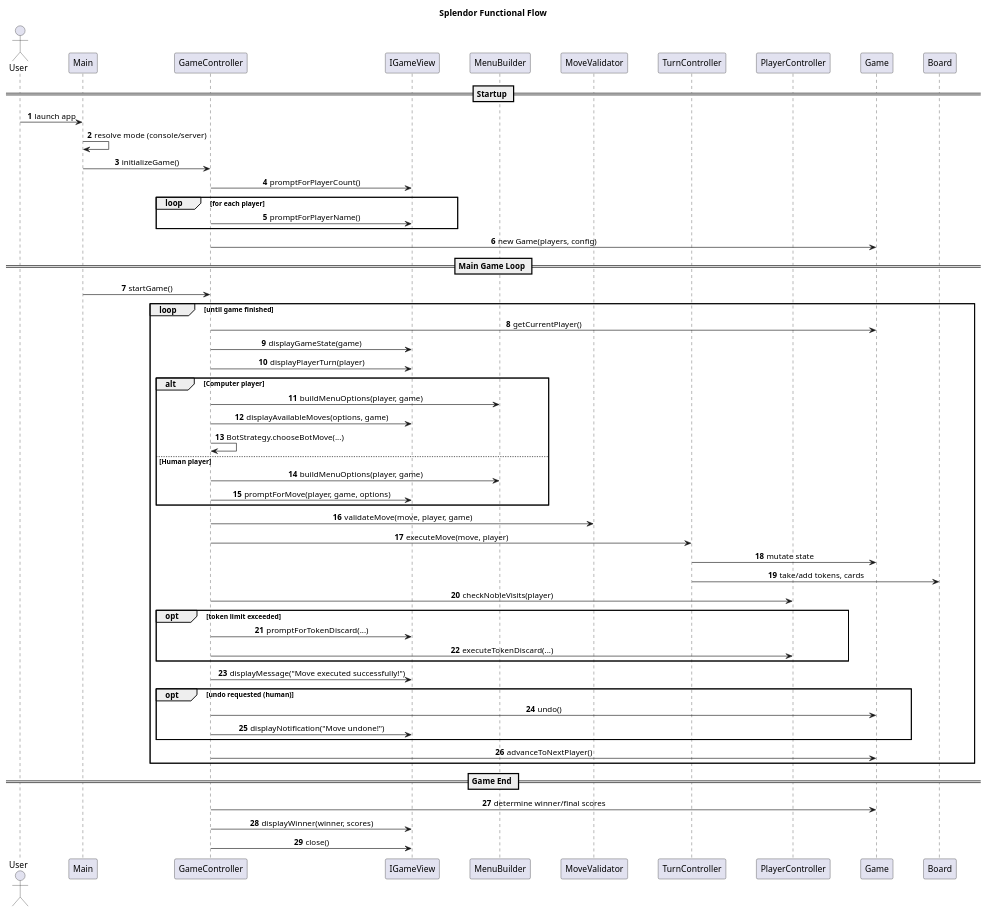
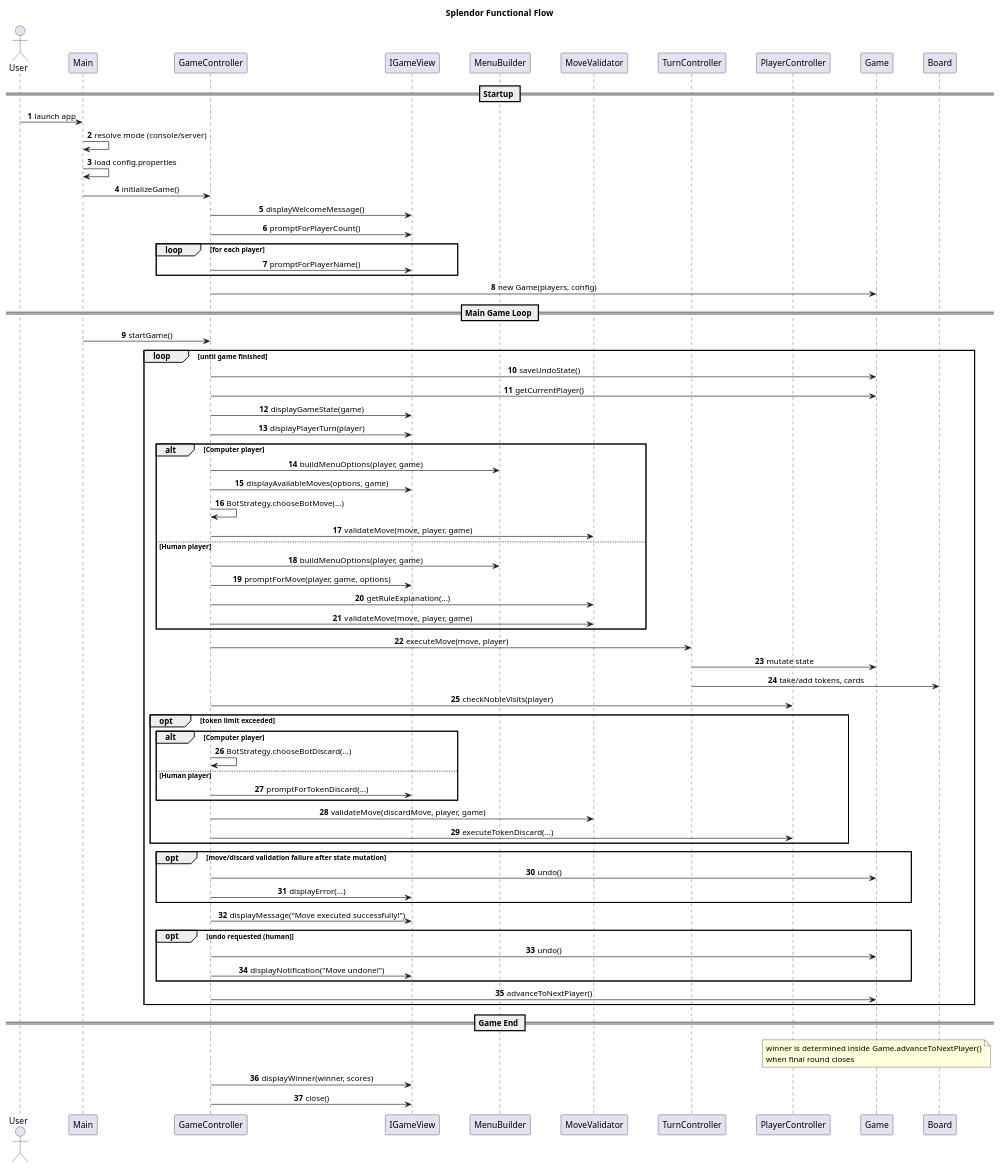
Before and after one commit to bryanseah234/playsplendor: the diagram in splendor-functional.puml, drawn with PlantUML. The commit also changed 3 other files, not shown here.

```diff
--- a/splendor-functional.puml
+++ b/splendor-functional.puml
@@ -1,73 +1,91 @@
 @startuml splendor_functional
 
 title Splendor Functional Flow
 
 autonumber
 skinparam shadowing false
 skinparam responseMessageBelowArrow true
 skinparam sequenceMessageAlign center
 skinparam ParticipantPadding 20
 
 actor User
 participant Main
 participant GameController
 participant IGameView as View
 participant MenuBuilder
 participant MoveValidator
 participant TurnController
 participant PlayerController
 participant Game
 participant Board
 
 == Startup ==
 User -> Main: launch app
 Main -> Main: resolve mode (console/server)
+Main -> Main: load config.properties
 Main -> GameController: initializeGame()
+GameController -> View: displayWelcomeMessage()
 GameController -> View: promptForPlayerCount()
 loop for each player
   GameController -> View: promptForPlayerName()
 end
 GameController -> Game: new Game(players, config)
 
 == Main Game Loop ==
 Main -> GameController: startGame()
 loop until game finished
+  GameController -> Game: saveUndoState()
   GameController -> Game: getCurrentPlayer()
   GameController -> View: displayGameState(game)
   GameController -> View: displayPlayerTurn(player)
 
   alt Computer player
     GameController -> MenuBuilder: buildMenuOptions(player, game)
     GameController -> View: displayAvailableMoves(options, game)
     GameController -> GameController: BotStrategy.chooseBotMove(...)
+    GameController -> MoveValidator: validateMove(move, player, game)
   else Human player
     GameController -> MenuBuilder: buildMenuOptions(player, game)
     GameController -> View: promptForMove(player, game, options)
+    GameController -> MoveValidator: getRuleExplanation(...)
+    GameController -> MoveValidator: validateMove(move, player, game)
   end
 
-  GameController -> MoveValidator: validateMove(move, player, game)
   GameController -> TurnController: executeMove(move, player)
   TurnController -> Game: mutate state
   TurnController -> Board: take/add tokens, cards
 
   GameController -> PlayerController: checkNobleVisits(player)
   opt token limit exceeded
-    GameController -> View: promptForTokenDiscard(...)
+    alt Computer player
+      GameController -> GameController: BotStrategy.chooseBotDiscard(...)
+    else Human player
+      GameController -> View: promptForTokenDiscard(...)
+    end
+    GameController -> MoveValidator: validateMove(discardMove, player, game)
     GameController -> PlayerController: executeTokenDiscard(...)
+  end
+
+  opt move/discard validation failure after state mutation
+    GameController -> Game: undo()
+    GameController -> View: displayError(...)
   end
 
   GameController -> View: displayMessage("Move executed successfully!")
   opt undo requested (human)
     GameController -> Game: undo()
     GameController -> View: displayNotification("Move undone!")
   end
 
   GameController -> Game: advanceToNextPlayer()
 end
 
 == Game End ==
-GameController -> Game: determine winner/final scores
+note over Game
+winner is determined inside Game.advanceToNextPlayer()
+when final round closes
+end note
 GameController -> View: displayWinner(winner, scores)
 GameController -> View: close()
 
 @enduml
```
